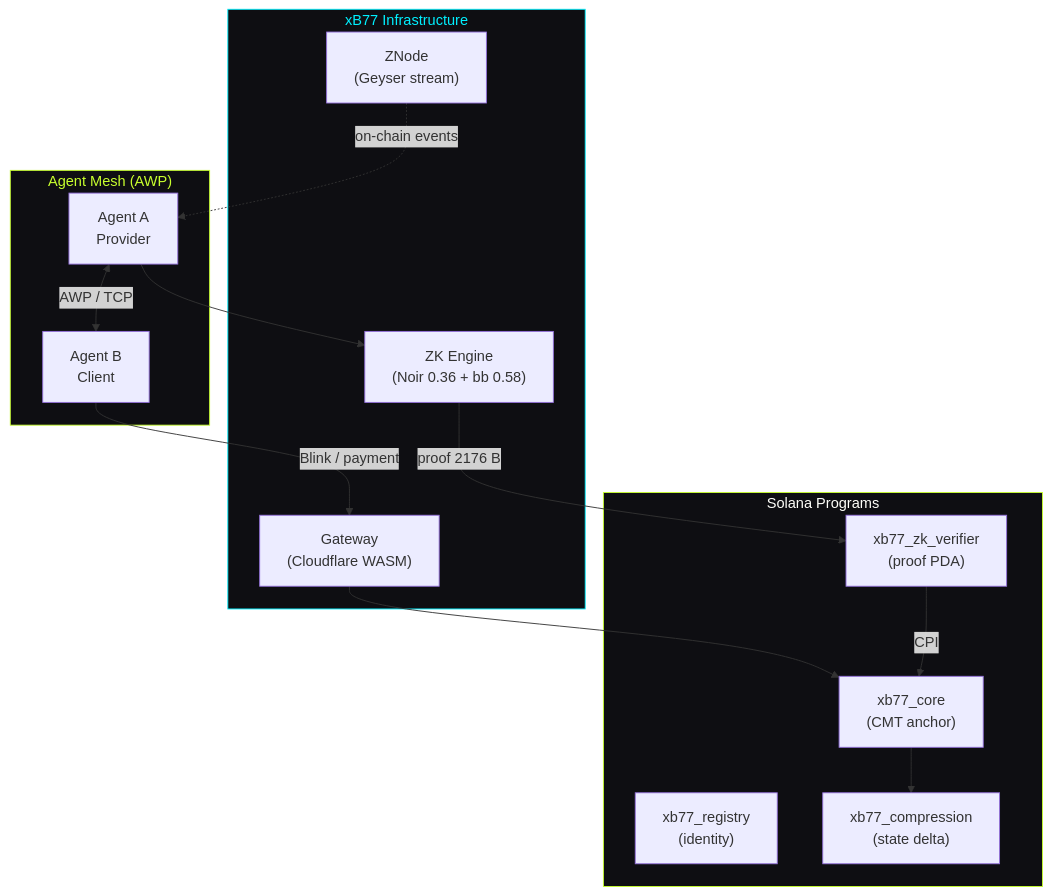
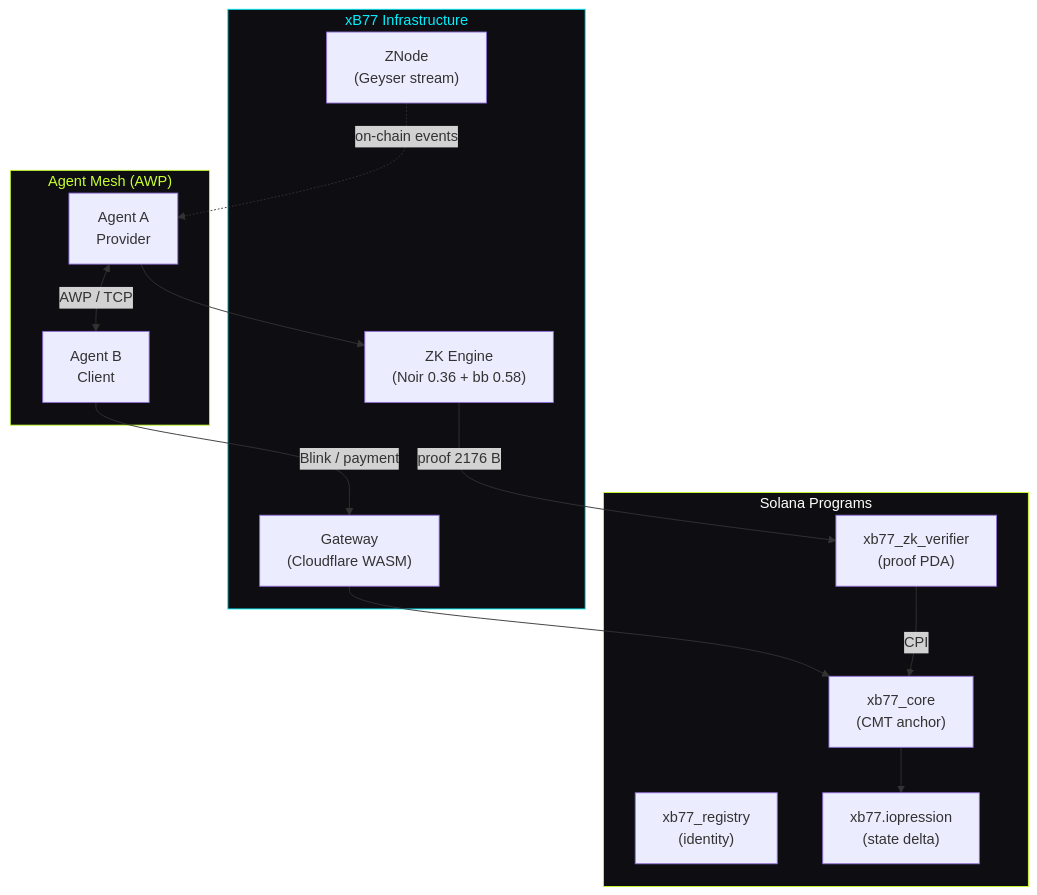
One commit to 8ctag0n/xB77 changed the first of 2 diagrams in docs/whitepaper.md. Above: the diagram before and after it, drawn with Mermaid. The commit also changed other lines of this file and 52 other files, not shown here.

````diff
--- a/docs/whitepaper.md
+++ b/docs/whitepaper.md
@@ -25,33 +25,33 @@
 ```mermaid
 graph TB
     subgraph agents["Agent Mesh (AWP)"]
         A["Agent A\nProvider"]
         B["Agent B\nClient"]
         A <-->|"AWP / TCP"| B
     end
 
     subgraph infra["xB77 Infrastructure"]
         GW["Gateway\n(Cloudflare WASM)"]
         ZE["ZK Engine\n(Noir 0.36 + bb 0.58)"]
         ZN["ZNode\n(Geyser stream)"]
     end
 
     subgraph solana["Solana Programs"]
         CORE["xb77_core\n(CMT anchor)"]
         VF["xb77_zk_verifier\n(proof PDA)"]
         REG["xb77_registry\n(identity)"]
-        COMP["xb77_compression\n(state delta)"]
+        COMP["xb77.iopression\n(state delta)"]
     end
 
     B -->|"Blink / payment"| GW
     GW --> CORE
     A --> ZE
     ZE -->|"proof 2176 B"| VF
     VF -->|"CPI"| CORE
     ZN -.->|"on-chain events"| A
     CORE --> COMP
 
     style agents fill:#0e0e12,stroke:#c8ff2e,color:#c8ff2e
     style infra fill:#0e0e12,stroke:#00f0ff,color:#00f0ff
     style solana fill:#0e0e12,stroke:#c8ff2e,color:#fffffa
 ```
````
